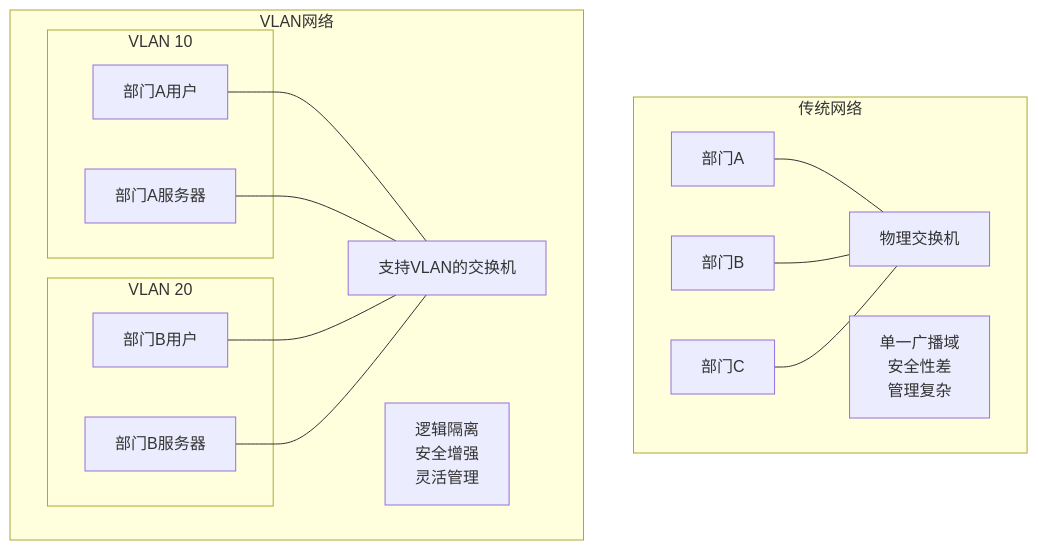
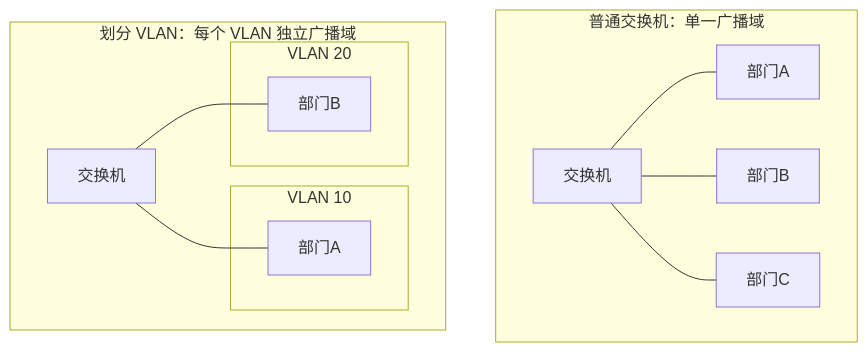
One commit to Dtheme/CS-base changed the sixth of 8 diagrams in 计算机网络/6.4链路层：交换局域网.md. Above: the diagram before and after it, drawn with Mermaid. The commit also changed other lines of this file and 51 other files, not shown here.

````diff
--- a/计算机网络/6.4链路层：交换局域网.md
+++ b/计算机网络/6.4链路层：交换局域网.md
@@ -617,36 +497,24 @@
 ```mermaid
 graph TB
-    subgraph "传统网络"
-        Phy_Switch["物理交换机"]
-        Dept_A["部门A"]
-        Dept_B["部门B"] 
-        Dept_C["部门C"]
-        
-        Dept_A --- Phy_Switch
-        Dept_B --- Phy_Switch
-        Dept_C --- Phy_Switch
-        
-        Note_Phy["单一广播域<br/>安全性差<br/>管理复杂"]
+    subgraph PLAIN["普通交换机：单一广播域"]
+        SW0["交换机"]
+        A0["部门A"]
+        B0["部门B"]
+        C0["部门C"]
+        SW0 --- A0
+        SW0 --- B0
+        SW0 --- C0
     end
-    
-    subgraph "VLAN网络"
-        VLAN_Switch["支持VLAN的交换机"]
-        
-        subgraph "VLAN 10"
-            V10_A["部门A用户"]
-            V10_B["部门A服务器"]
+
+    subgraph VL["划分 VLAN：每个 VLAN 独立广播域"]
+        SW1["交换机"]
+        subgraph V10a["VLAN 10"]
+            A1["部门A"]
         end
-        
-        subgraph "VLAN 20" 
-            V20_A["部门B用户"]
-            V20_B["部门B服务器"]
+        subgraph V20a["VLAN 20"]
+            B1["部门B"]
         end
-        
-        V10_A --- VLAN_Switch
-        V10_B --- VLAN_Switch
-        V20_A --- VLAN_Switch  
-        V20_B --- VLAN_Switch
-        
-        Note_VLAN["逻辑隔离<br/>安全增强<br/>灵活管理"]
+        SW1 --- A1
+        SW1 --- B1
     end
 ```
````
